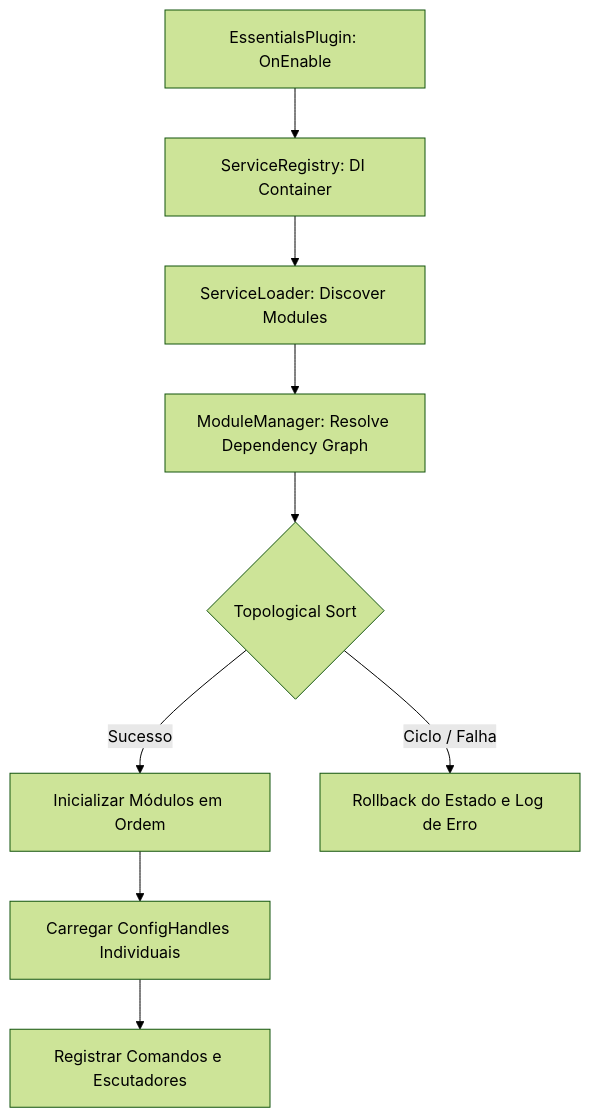
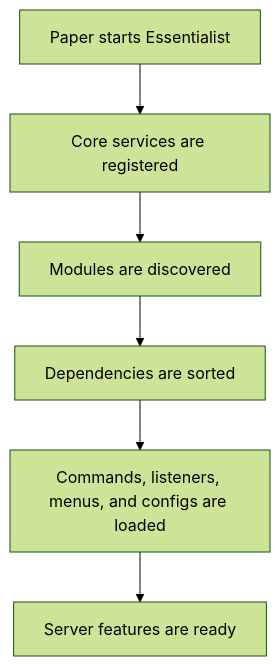
The diagram in README.md (HanielCota/Essentialist), drawn with Mermaid (forest theme) before and after one commit. The commit also changed other lines of this file, not shown here.

````diff
--- a/README.md
+++ b/README.md
@@ -167,11 +176,8 @@
 ```mermaid
 flowchart TD
-    A[EssentialsPlugin: OnEnable] --> B[ServiceRegistry: DI Container]
-    B --> C[ServiceLoader: Discover Modules]
-    C --> D[ModuleManager: Resolve Dependency Graph]
-    D --> E{Topological Sort}
-    E -->|Sucesso| F[Inicializar Módulos em Ordem]
-    E -->|Ciclo / Falha| G[Rollback do Estado e Log de Erro]
-    F --> H[Carregar ConfigHandles Individuais]
-    H --> I[Registrar Comandos e Escutadores]
+    A[Paper starts Essentialist] --> B[Core services are registered]
+    B --> C[Modules are discovered]
+    C --> D[Dependencies are sorted]
+    D --> E[Commands, listeners, menus, and configs are loaded]
+    E --> F[Server features are ready]
 ```
````
